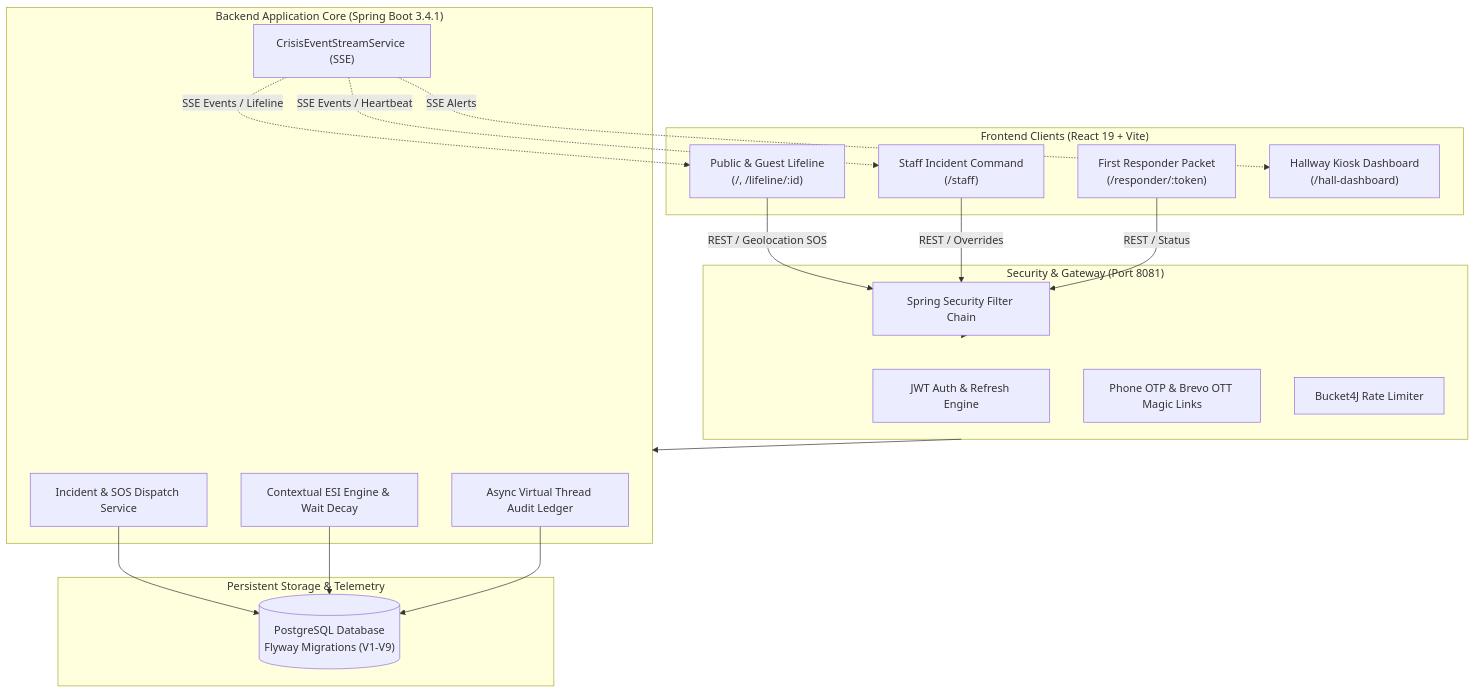
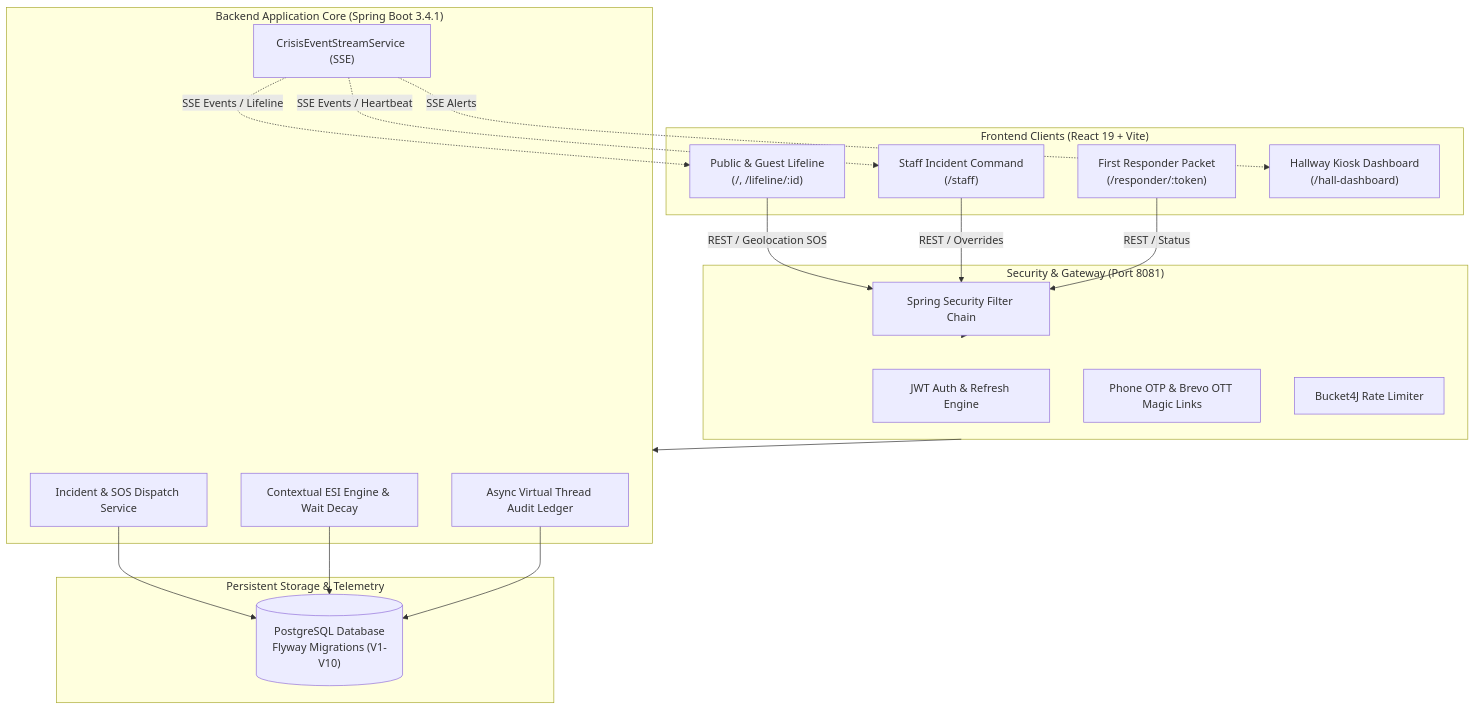
The diagram in README.md (Mr-Red-Phoenix/OmniBridge), drawn with Mermaid before and after one commit. The commit also changed other lines of this file and 6 other files, not shown here.

````diff
--- a/README.md
+++ b/README.md
@@ -89,42 +89,42 @@
 ```mermaid
 graph TD
     subgraph Clients["Frontend Clients (React 19 + Vite)"]
         Guest["Public & Guest Lifeline<br/>(/, /lifeline/:id)"]
         Staff["Staff Incident Command<br/>(/staff)"]
         Responder["First Responder Packet<br/>(/responder/:token)"]
         Hall["Hallway Kiosk Dashboard<br/>(/hall-dashboard)"]
     end
 
     subgraph SecurityLayer["Security & Gateway (Port 8081)"]
         SecFilter["Spring Security Filter Chain"]
         JWT["JWT Auth & Refresh Engine"]
         MFA["Phone OTP & Brevo OTT Magic Links"]
         RateLimit["Bucket4J Rate Limiter"]
     end
 
     subgraph CoreServices["Backend Application Core (Spring Boot 3.4.1)"]
         IncService["Incident & SOS Dispatch Service"]
         StreamService["CrisisEventStreamService (SSE)"]
         EsiEngine["Contextual ESI Engine & Wait Decay"]
         AuditLedger["Async Virtual Thread Audit Ledger"]
     end
 
     subgraph Storage["Persistent Storage & Telemetry"]
-        PG[("PostgreSQL Database<br/>Flyway Migrations (V1-V9)")]
+        PG[("PostgreSQL Database<br/>Flyway Migrations (V1-V10)")]
     end
 
     Guest -->|REST / Geolocation SOS| SecFilter
     Staff -->|REST / Overrides| SecFilter
     Responder -->|REST / Status| SecFilter
     
     SecFilter --> SecurityLayer
     SecurityLayer --> CoreServices
     
     IncService --> PG
     EsiEngine --> PG
     AuditLedger --> PG
     
     StreamService -.->|SSE Events / Heartbeat| Staff
     StreamService -.->|SSE Events / Lifeline| Guest
     StreamService -.->|SSE Alerts| Hall
 ```
````
